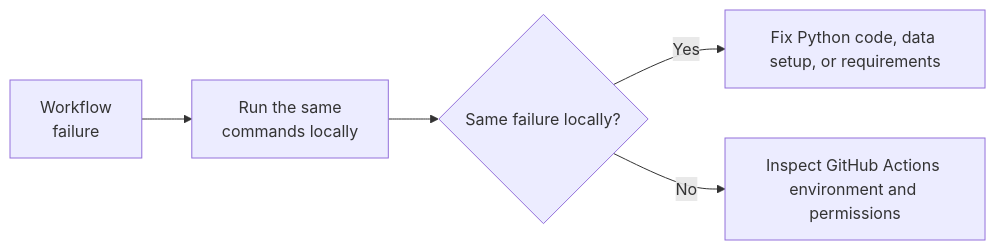
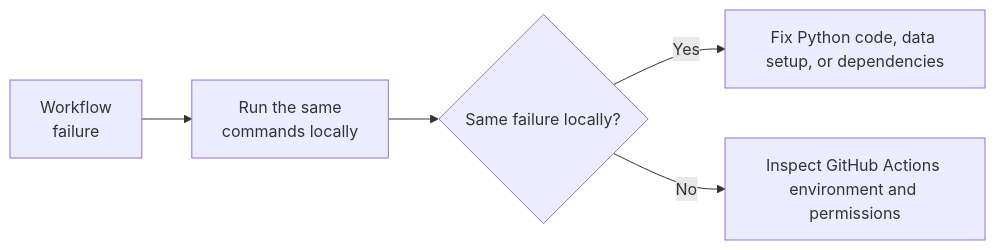
The second of 2 diagrams in 05-ci-review-and-troubleshooting.md (bootcampyoussef/mle-github-actions-and-cicd), drawn with Mermaid before and after one commit. The commit also changed other lines of this file and 10 other files, not shown here.

````diff
--- a/05-ci-review-and-troubleshooting.md
+++ b/05-ci-review-and-troubleshooting.md
@@ -66,7 +66,7 @@
 ```mermaid
 flowchart LR
     A["Workflow<br>failure"] --> B["Run the same<br>commands locally"]
     B --> C{"Same failure locally?"}
-    C -->|Yes| D["Fix Python code, data setup, or requirements"]
+    C -->|Yes| D["Fix Python code, data setup, or dependencies"]
     C -->|No| E["Inspect GitHub Actions environment and permissions"]
 ```
````
